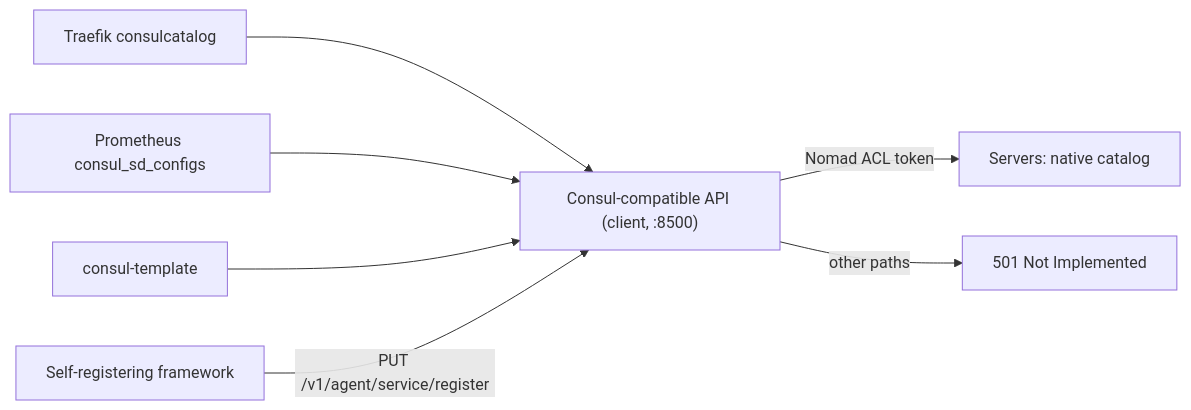
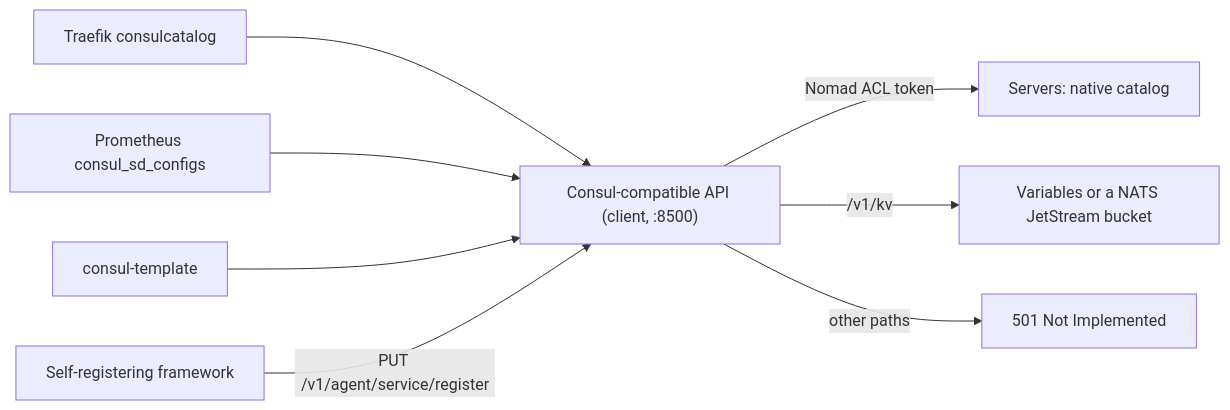
The diagram in content/docs/features/service-discovery/consul-compatible-api.md (bacanoo-io/norca-doc), drawn with Mermaid before and after one commit. The commit also changed other lines of this file and 5 other files, not shown here.

````diff
--- a/content/docs/features/service-discovery/consul-compatible-api.md
+++ b/content/docs/features/service-discovery/consul-compatible-api.md
@@ -22,9 +22,10 @@
 ```mermaid
 flowchart LR
   traefik["Traefik consulcatalog"] --> api
   prom["Prometheus consul_sd_configs"] --> api
   ct["consul-template"] --> api
   fw["Self-registering framework"] -->|"PUT /v1/agent/service/register"| api
   api["Consul-compatible API (client, :8500)"] -->|"Nomad ACL token"| servers["Servers: native catalog"]
+  api -->|"/v1/kv"| kv["Variables or a NATS JetStream bucket"]
   api -->|"other paths"| e501["501 Not Implemented"]
 ```
````
